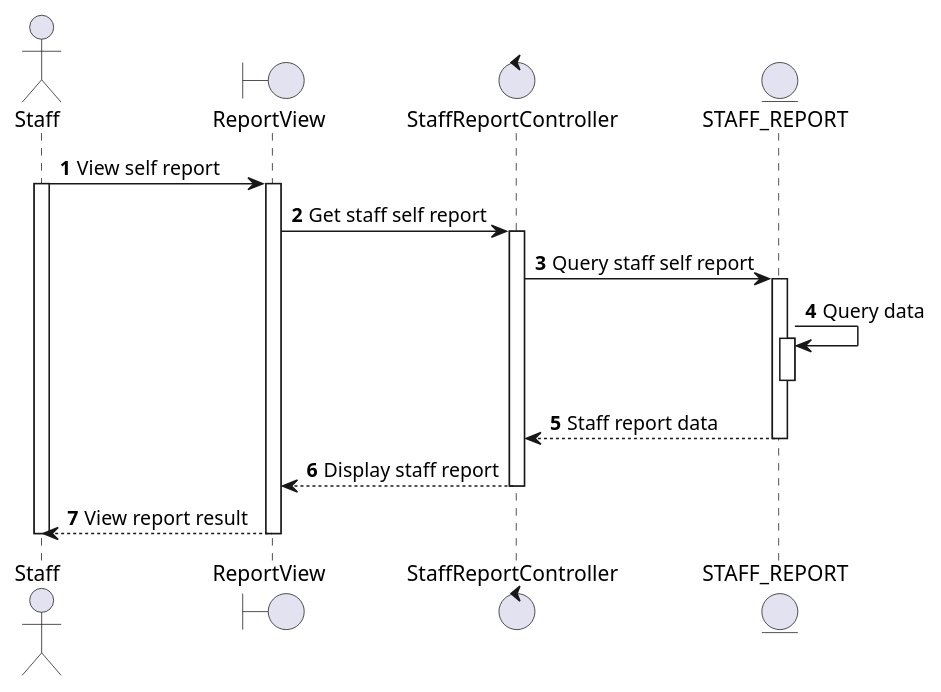
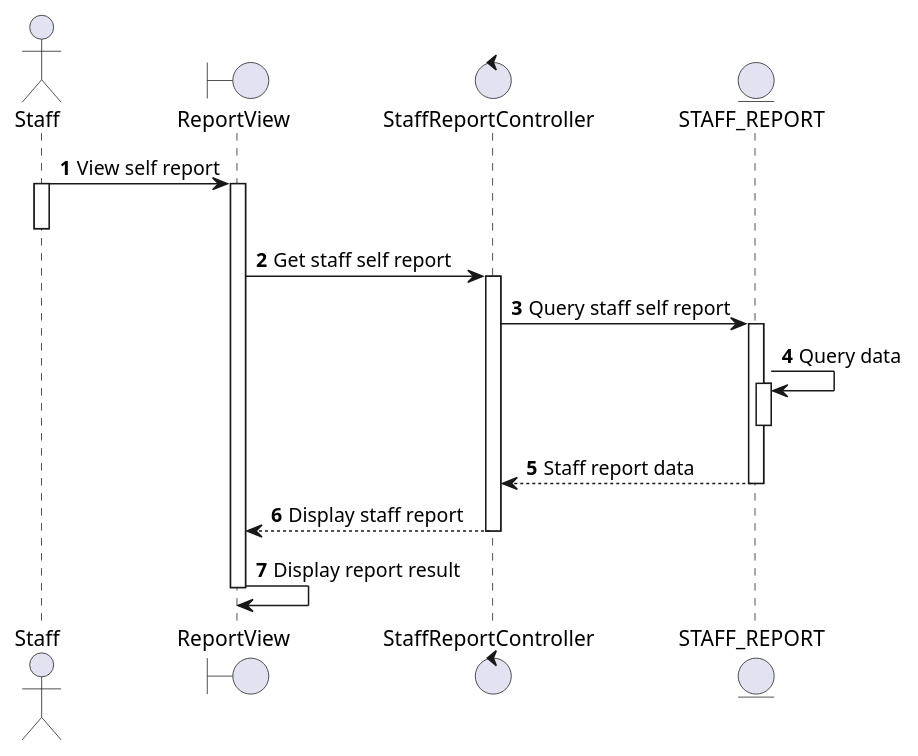
Before and after one commit to electricilies/electricilies.github.io: the diagram in docs/docs/sequence/view-staff-self-report/view-staff-self-report.md, drawn with PlantUML. The commit also changed 4 other files, not shown here.

````diff
--- a/docs/docs/sequence/view-staff-self-report/view-staff-self-report.md
+++ b/docs/docs/sequence/view-staff-self-report/view-staff-self-report.md
@@ -3,29 +3,29 @@
 ```plantuml
 @startuml
 autonumber
 
 actor Staff as S
 boundary ReportView as RV
 control StaffReportController as SRC
 entity STAFF_REPORT as SR
 
 S -> RV: View self report
 activate S
+deactivate S
 activate RV
 RV -> SRC: Get staff self report
 activate SRC
 SRC -> SR: Query staff self report
 activate SR
 SR -> SR: Query data
 activate SR
 deactivate SR
 SRC <-- SR: Staff report data
 deactivate SR
 RV <-- SRC: Display staff report
 deactivate SRC
-S <-- RV: View report result
+RV -> RV: Display report result
 deactivate RV
-deactivate S
 
 @enduml
 ```
````
